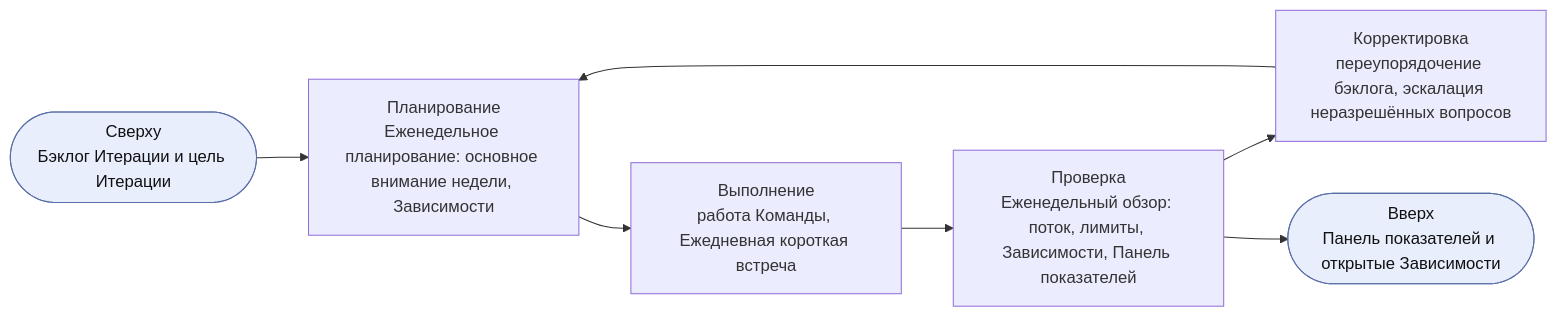
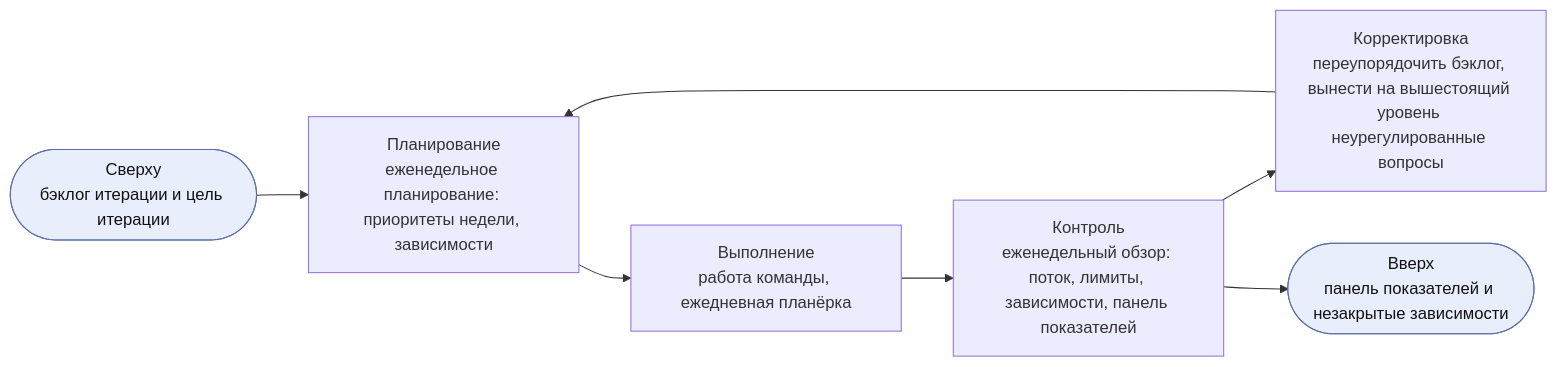
Before and after one commit to devhogu/ob-aicc: the seventh of 13 diagrams in charter/ru/documents/solution-lifecycle-model.md, drawn with Mermaid. The commit also changed other lines of this file and 1 other file, not shown here.

````diff
--- a/charter/ru/documents/solution-lifecycle-model.md
+++ b/charter/ru/documents/solution-lifecycle-model.md
@@ -300,7 +300,7 @@
 ```mermaid
 flowchart LR
-  IN(["Сверху<br/>Бэклог Итерации и цель Итерации"]):::iface --> P
-  P["Планирование<br/>Еженедельное планирование: основное внимание недели, Зависимости"] --> D["Выполнение<br/>работа Команды, Ежедневная короткая встреча"] --> C["Проверка<br/>Еженедельный обзор: поток, лимиты, Зависимости, Панель показателей"] --> A["Корректировка<br/>переупорядочение бэклога, эскалация неразрешённых вопросов"] --> P
-  C --> UP(["Вверх<br/>Панель показателей и открытые Зависимости"]):::iface
+  IN(["Сверху<br/>бэклог итерации и цель итерации"]):::iface --> P
+  P["Планирование<br/>еженедельное планирование: приоритеты недели, зависимости"] --> D["Выполнение<br/>работа команды, ежедневная планёрка"] --> C["Контроль<br/>еженедельный обзор: поток, лимиты, зависимости, панель показателей"] --> A["Корректировка<br/>переупорядочить бэклог, вынести на вышестоящий уровень неурегулированные вопросы"] --> P
+  C --> UP(["Вверх<br/>панель показателей и незакрытые зависимости"]):::iface
   classDef iface fill:#e8eefc,stroke:#5a6fa8,color:#111
 ```
````
